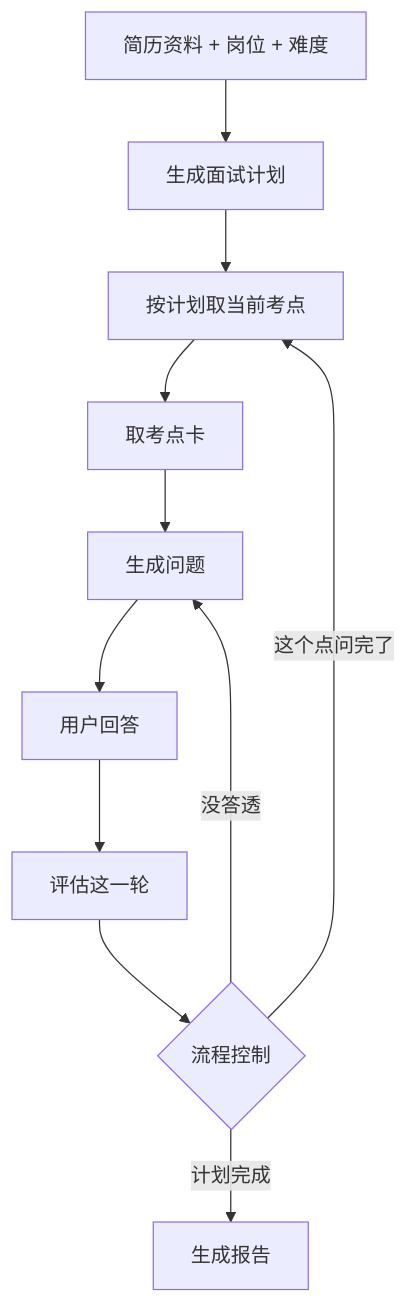
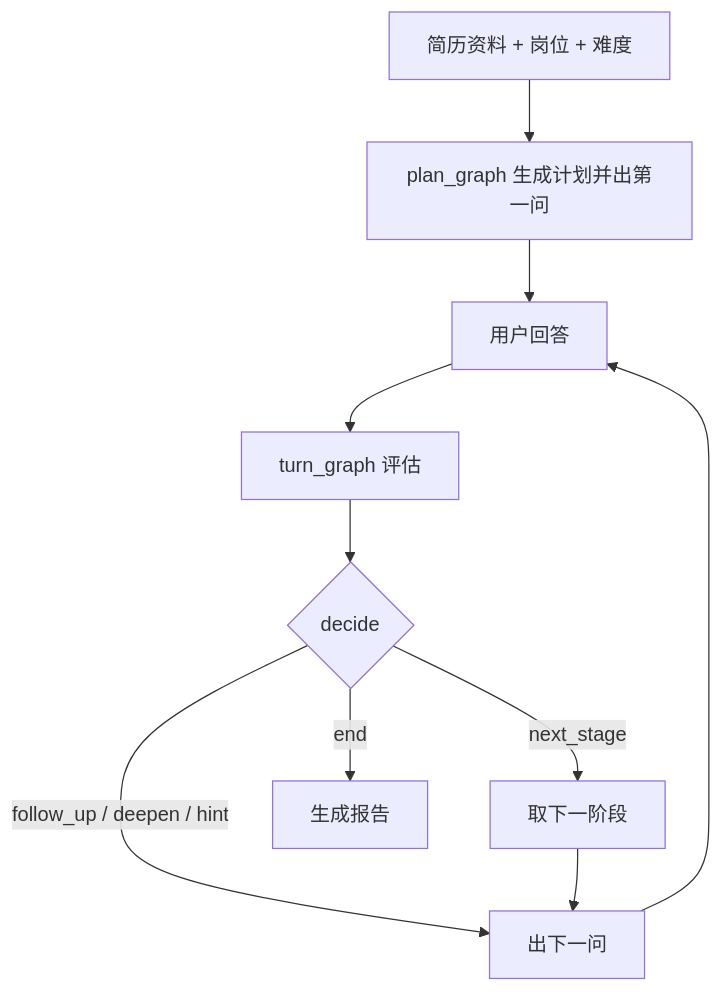
Before and after one commit to 623zhu/interview: the second of 2 diagrams in docs/interview-design.md, drawn with Mermaid. The commit also changed other lines of this file and 13 other files, not shown here.

````diff
--- a/docs/interview-design.md
+++ b/docs/interview-design.md
@@ -26,13 +102,12 @@
 ```mermaid
 flowchart TD
-    A[简历资料 + 岗位 + 难度] --> B[生成面试计划]
-    B --> C[按计划取当前考点]
-    C --> D[取考点卡]
-    D --> E[生成问题]
-    E --> F[用户回答]
-    F --> G[评估这一轮]
-    G --> H{流程控制}
-    H -->|没答透| E
-    H -->|这个点问完了| C
-    H -->|计划完成| I[生成报告]
+    A[简历资料 + 岗位 + 难度] --> B[plan_graph 生成计划并出第一问]
+    B --> C[用户回答]
+    C --> D[turn_graph 评估]
+    D --> E{decide}
+    E -->|follow_up / deepen / hint| F[出下一问]
+    E -->|next_stage| G[取下一阶段]
+    G --> F
+    E -->|end| H[生成报告]
+    F --> C
 ```
````
